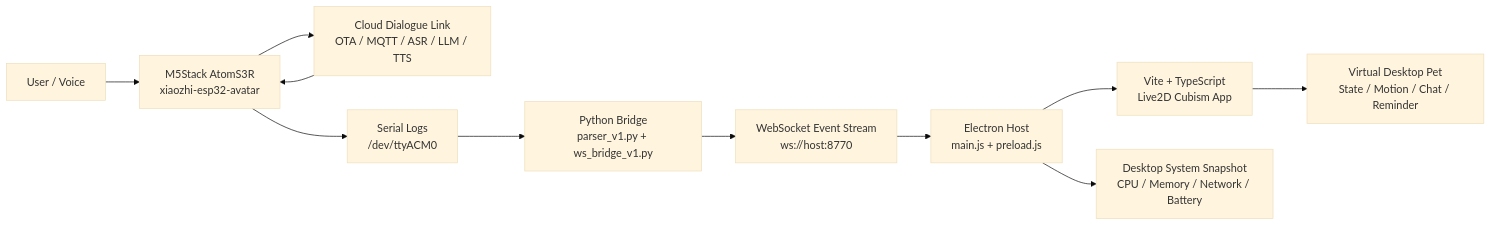
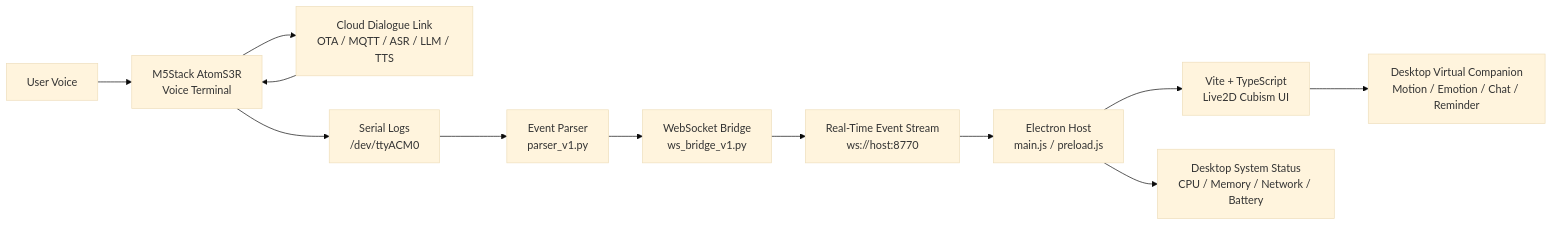
The second of 2 diagrams in README.md (KISSSHOT-KAKA/ENT208TC_Assistant), drawn with Mermaid (base theme) before and after one commit. The commit also changed other lines of this file, not shown here.

````diff
--- a/README.md
+++ b/README.md
@@ -185,13 +315,14 @@
 ```mermaid
 flowchart LR
-  User["User / Voice"] --> Device["M5Stack AtomS3R<br/>xiaozhi-esp32-avatar"]
+  User["User Voice"] --> Device["M5Stack AtomS3R<br/>Voice Terminal"]
   Device --> Cloud["Cloud Dialogue Link<br/>OTA / MQTT / ASR / LLM / TTS"]
   Cloud --> Device
   Device --> Serial["Serial Logs<br/>/dev/ttyACM0"]
-  Serial --> Bridge["Python Bridge<br/>parser_v1.py + ws_bridge_v1.py"]
-  Bridge --> WS["WebSocket Event Stream<br/>ws://host:8770"]
-  WS --> Electron["Electron Host<br/>main.js + preload.js"]
-  Electron --> Cubism["Vite + TypeScript<br/>Live2D Cubism App"]
-  Electron --> System["Desktop System Snapshot<br/>CPU / Memory / Network / Battery"]
-  Cubism --> Pet["Virtual Desktop Pet<br/>State / Motion / Chat / Reminder"]
+  Serial --> Parser["Event Parser<br/>parser_v1.py"]
+  Parser --> Bridge["WebSocket Bridge<br/>ws_bridge_v1.py"]
+  Bridge --> Stream["Real-Time Event Stream<br/>ws://host:8770"]
+  Stream --> Electron["Electron Host<br/>main.js / preload.js"]
+  Electron --> Cubism["Vite + TypeScript<br/>Live2D Cubism UI"]
+  Electron --> Desktop["Desktop System Status<br/>CPU / Memory / Network / Battery"]
+  Cubism --> Pet["Desktop Virtual Companion<br/>Motion / Emotion / Chat / Reminder"]
 ```
````
